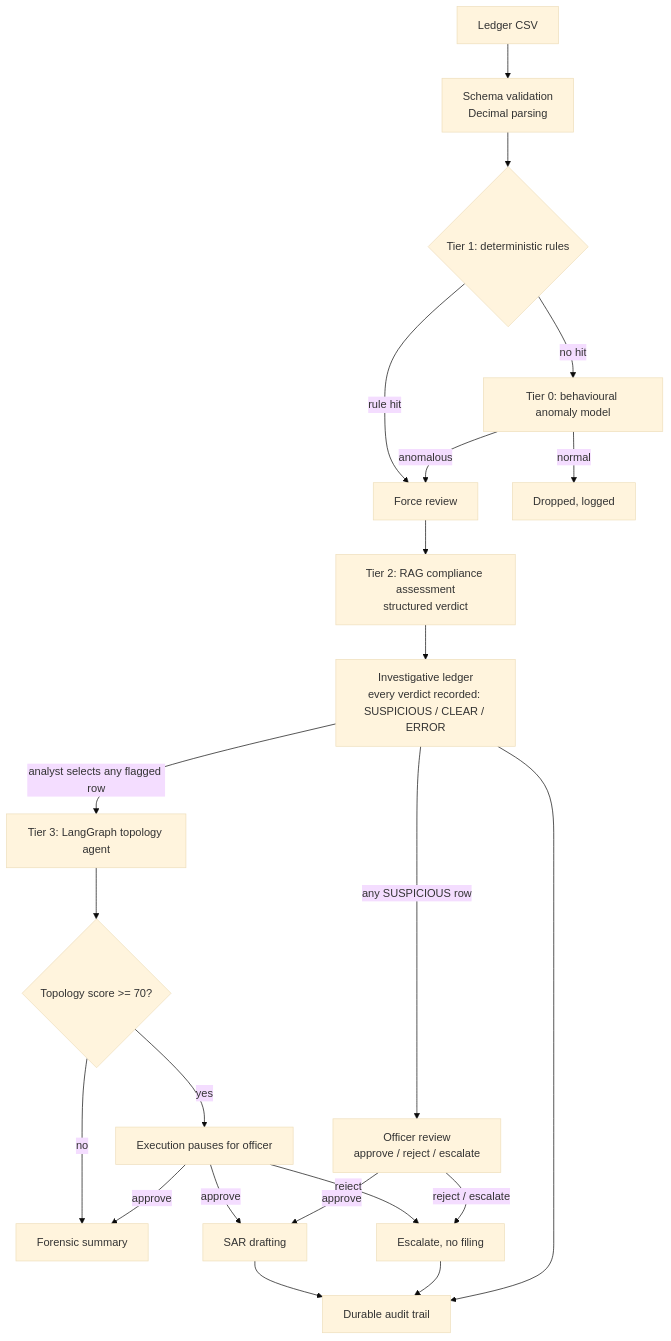
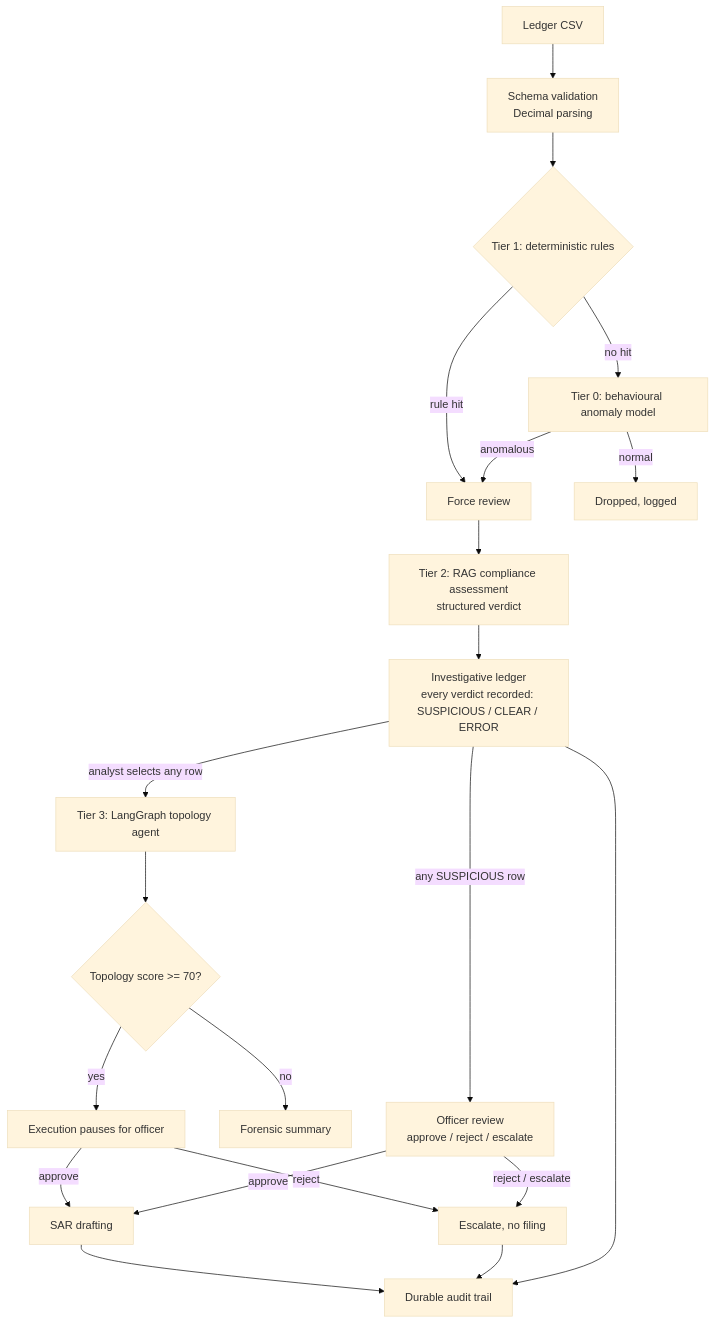
The diagram in README.md (vinaykumar101997/Fintech-Fraud-Auditor-Pro), drawn with Mermaid (base theme) before and after one commit. The commit also changed other lines of this file and 1 other file, not shown here.

````diff
--- a/README.md
+++ b/README.md
@@ -148,24 +45,23 @@
 ```mermaid
 graph TD
     A[Ledger CSV] --> B[Schema validation<br/>Decimal parsing]
     B --> C{Tier 1: deterministic rules}
     C -->|rule hit| F[Force review]
     C -->|no hit| D[Tier 0: behavioural anomaly model]
     D -->|anomalous| F
     D -->|normal| E[Dropped, logged]
     F --> G[Tier 2: RAG compliance assessment<br/>structured verdict]
     G --> N[Investigative ledger<br/>every verdict recorded: SUSPICIOUS / CLEAR / ERROR]
-    N -->|analyst selects any flagged row| H[Tier 3: LangGraph topology agent]
+    N -->|analyst selects any row| H[Tier 3: LangGraph topology agent]
     H --> I{Topology score >= 70?}
     I -->|yes| J[Execution pauses for officer]
     I -->|no| R[Forensic summary]
     J -->|reject| L[Escalate, no filing]
-    J -->|approve| R
+    J -->|approve| K[SAR drafting]
     N -->|any SUSPICIOUS row| O[Officer review<br/>approve / reject / escalate]
-    J -->|approve| K[SAR drafting]
     O -->|approve| K
     O -->|reject / escalate| L
     K --> M[Durable audit trail]
     L --> M
     N --> M
 ```
````
